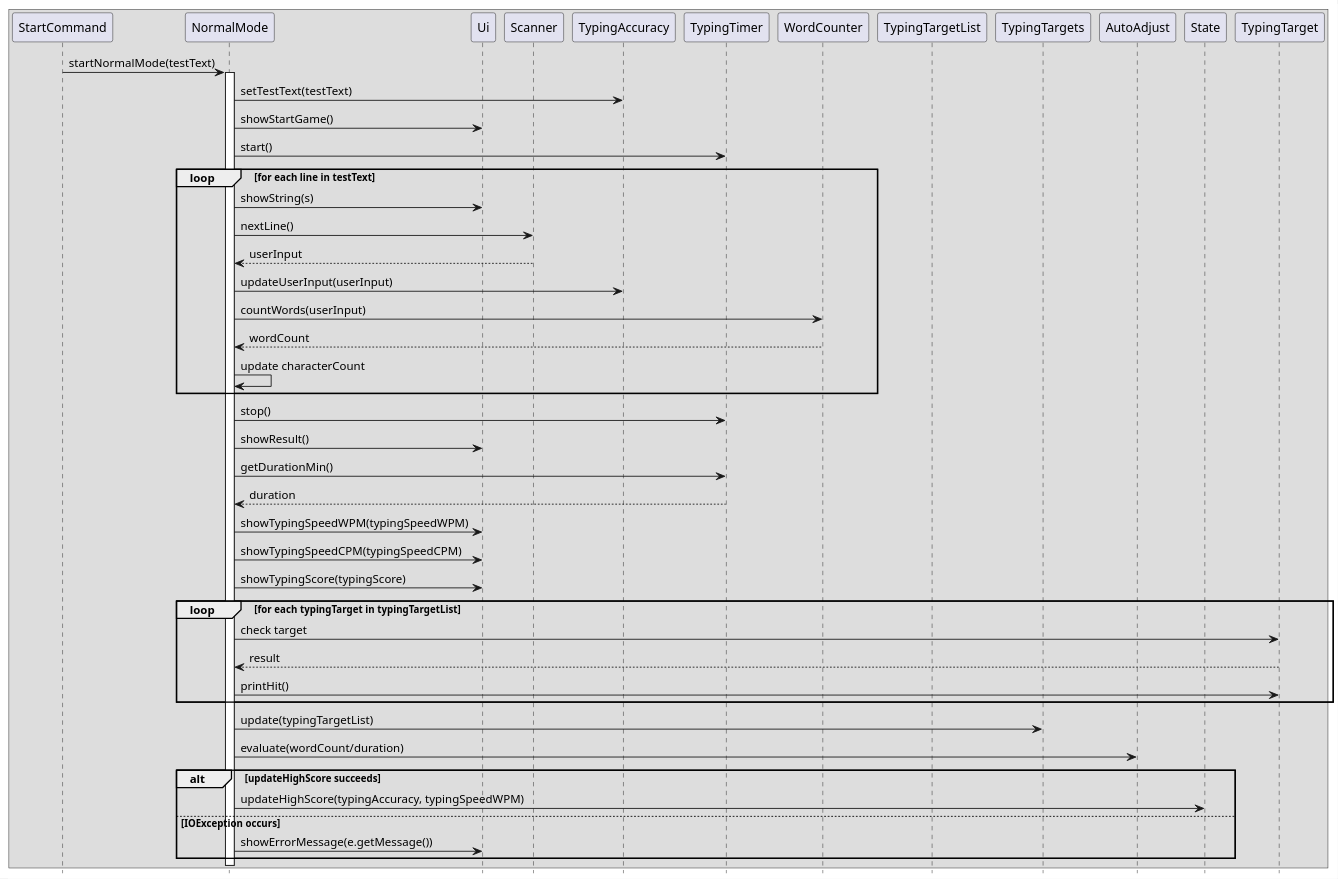
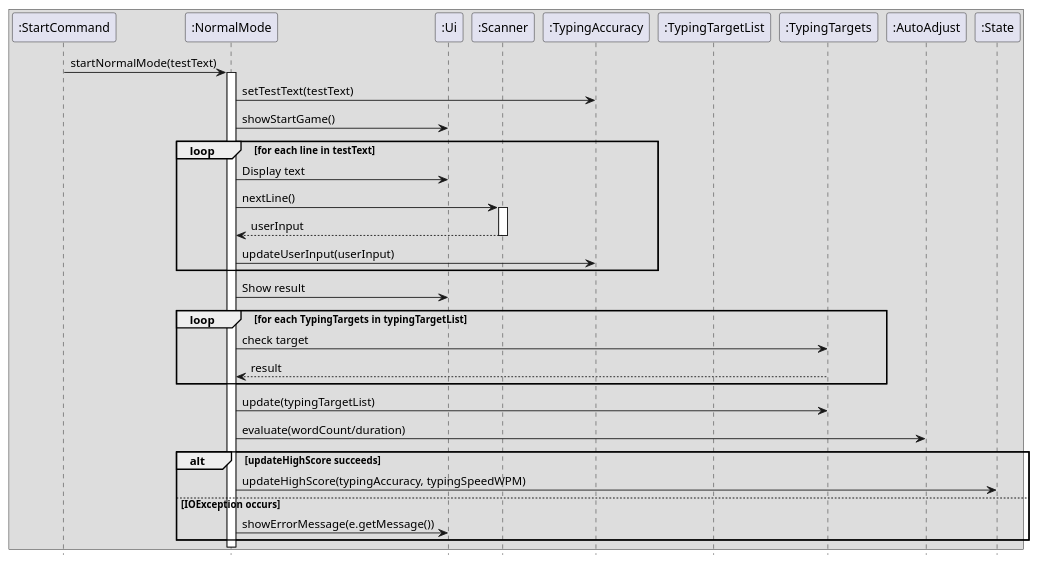
Before and after one commit to AY2425S2-CS2113-F13-2/tp: the diagram in docs/diagrams/SeqDiagramNormalMode.puml, drawn with PlantUML. The commit also changed 6 other files, not shown here.

Commit message:
added class diagram for Command, simplified sequence diagram, edited the order of implementation part in DG

```diff
--- a/docs/diagrams/SeqDiagramNormalMode.puml
+++ b/docs/diagrams/SeqDiagramNormalMode.puml
@@ -1,62 +1,50 @@
 @startuml
 'https://plantuml.com/sequence-diagram
 hide footbox
 
 box
-participant "StartCommand" as StartCommand
-participant "NormalMode" as NormalMode
-participant "Ui" as Ui
-participant "Scanner" as Scanner
-participant "TypingAccuracy" as TypingAccuracy
-participant "TypingTimer" as TypingTimer
-participant "WordCounter" as WordCounter
-participant "TypingTargetList" as TypingTargetList
-participant "TypingTargets" as TypingTargets
-participant "AutoAdjust" as AutoAdjust
-participant "State" as State
+participant ":StartCommand" as StartCommand
+participant ":NormalMode" as NormalMode
+participant ":Ui" as Ui
+participant ":Scanner" as Scanner
+participant ":TypingAccuracy" as TypingAccuracy
+participant ":TypingTargetList" as TypingTargetList
+participant ":TypingTargets" as TypingTargets
+participant ":AutoAdjust" as AutoAdjust
+participant ":State" as State
 
 StartCommand -> NormalMode : startNormalMode(testText)
 activate NormalMode
 NormalMode -> TypingAccuracy : setTestText(testText)
 NormalMode -> Ui : showStartGame()
-NormalMode -> TypingTimer : start()
 
 loop for each line in testText
-    NormalMode -> Ui : showString(s)
+    NormalMode -> Ui : Display text
     NormalMode -> Scanner : nextLine()
+    activate "Scanner"
     Scanner --> NormalMode : userInput
+    deactivate "Scanner"
     NormalMode -> TypingAccuracy : updateUserInput(userInput)
-    NormalMode -> WordCounter : countWords(userInput)
-    WordCounter --> NormalMode : wordCount
-    NormalMode -> NormalMode : update characterCount
 end
 
-NormalMode -> TypingTimer : stop()
-NormalMode -> Ui : showResult()
-NormalMode -> TypingTimer : getDurationMin()
-TypingTimer --> NormalMode : duration
+NormalMode -> Ui : Show result
 
-NormalMode -> Ui : showTypingSpeedWPM(typingSpeedWPM)
-NormalMode -> Ui : showTypingSpeedCPM(typingSpeedCPM)
-NormalMode -> Ui : showTypingScore(typingScore)
-
-loop for each typingTarget in typingTargetList
-    NormalMode -> TypingTarget : check target
-    TypingTarget --> NormalMode : result
-    NormalMode -> TypingTarget : printHit()
+loop for each TypingTargets in typingTargetList
+    NormalMode -> TypingTargets : check target
+    TypingTargets --> NormalMode : result
 end
 
 NormalMode -> TypingTargets : update(typingTargetList)
 NormalMode -> AutoAdjust : evaluate(wordCount/duration)
 
 alt updateHighScore succeeds
     NormalMode -> State : updateHighScore(typingAccuracy, typingSpeedWPM)
 else IOException occurs
     NormalMode -> Ui : showErrorMessage(e.getMessage())
 end
 
 end box
 
 
 
 @enduml
```
